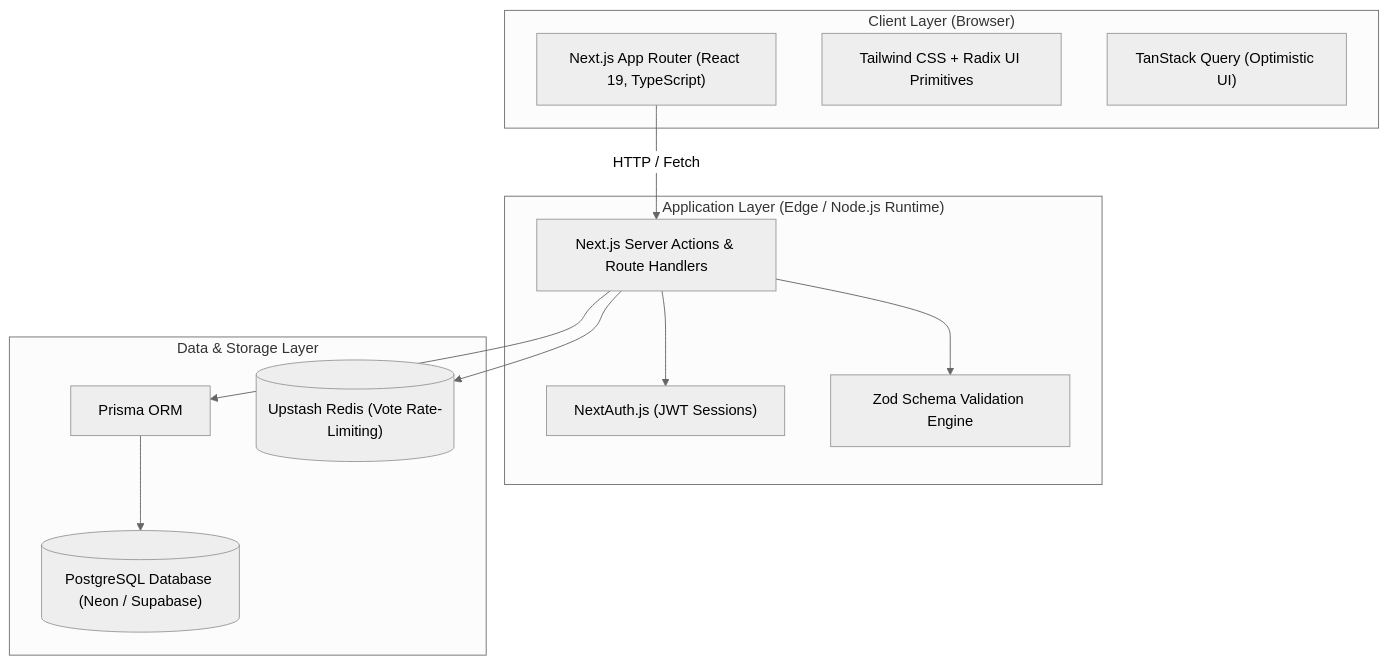
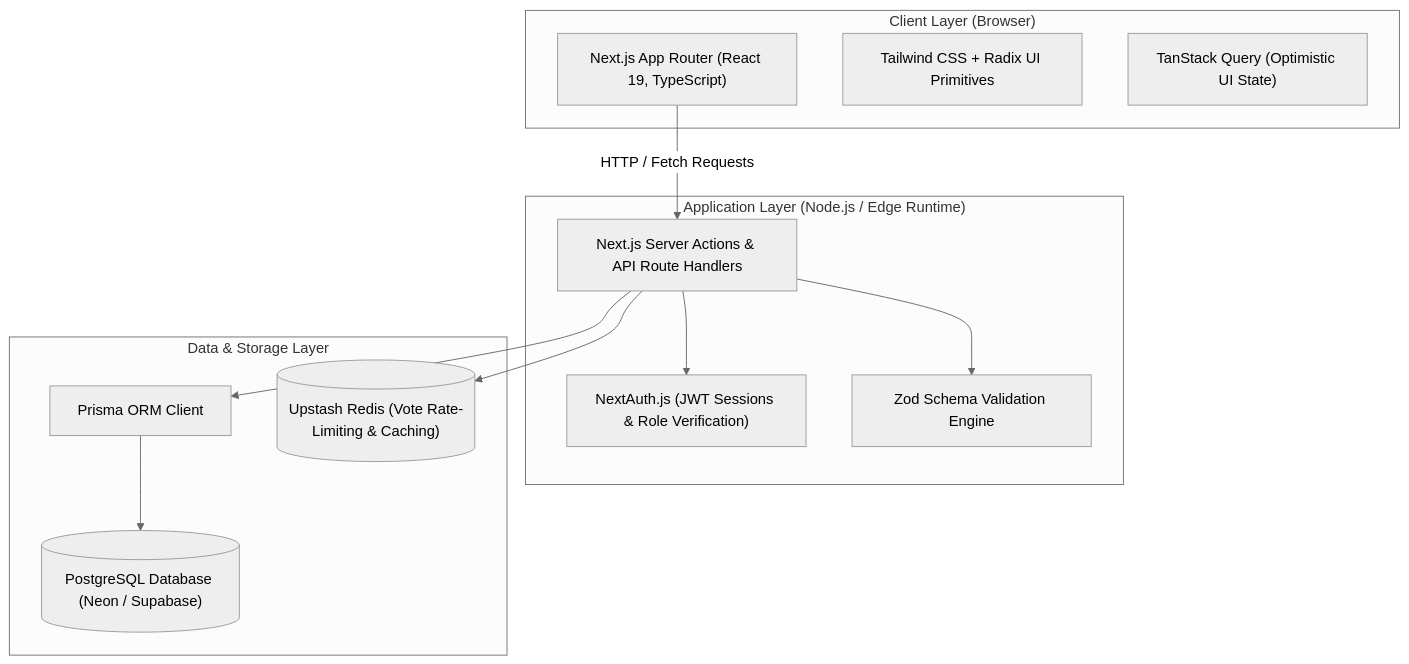
The first of 3 diagrams in README.md (Geetansh005/SWYNEX-Project-Architecture), drawn with Mermaid (neutral theme) before and after one commit. The commit also changed other lines of this file, not shown here.

Commit message:
docs: enrich project architecture README with complete specs, diagrams, and setup instructions

````diff
--- a/README.md
+++ b/README.md
@@ -38,27 +79,27 @@
 ```mermaid
 graph TD
     subgraph Client ["Client Layer (Browser)"]
         UI["Next.js App Router (React 19, TypeScript)"]
         Tailwind["Tailwind CSS + Radix UI Primitives"]
-        QueryClient["TanStack Query (Optimistic UI)"]
+        QueryClient["TanStack Query (Optimistic UI State)"]
     end
 
-    subgraph Server ["Application Layer (Edge / Node.js Runtime)"]
-        NextServer["Next.js Server Actions & Route Handlers"]
-        AuthMiddleware["NextAuth.js (JWT Sessions)"]
+    subgraph Server ["Application Layer (Node.js / Edge Runtime)"]
+        NextServer["Next.js Server Actions & API Route Handlers"]
+        AuthMiddleware["NextAuth.js (JWT Sessions & Role Verification)"]
         Validator["Zod Schema Validation Engine"]
     end
 
     subgraph Data ["Data & Storage Layer"]
-        Prisma["Prisma ORM"]
+        Prisma["Prisma ORM Client"]
         Postgres[("PostgreSQL Database (Neon / Supabase)")]
-        Redis[("Upstash Redis (Vote Rate-Limiting)")]
+        Redis[("Upstash Redis (Vote Rate-Limiting & Caching)")]
     end
 
-    UI -->|HTTP / Fetch| NextServer
+    UI -->|HTTP / Fetch Requests| NextServer
     NextServer --> AuthMiddleware
     NextServer --> Validator
     NextServer --> Prisma
     Prisma --> Postgres
     NextServer --> Redis
 ```
````
